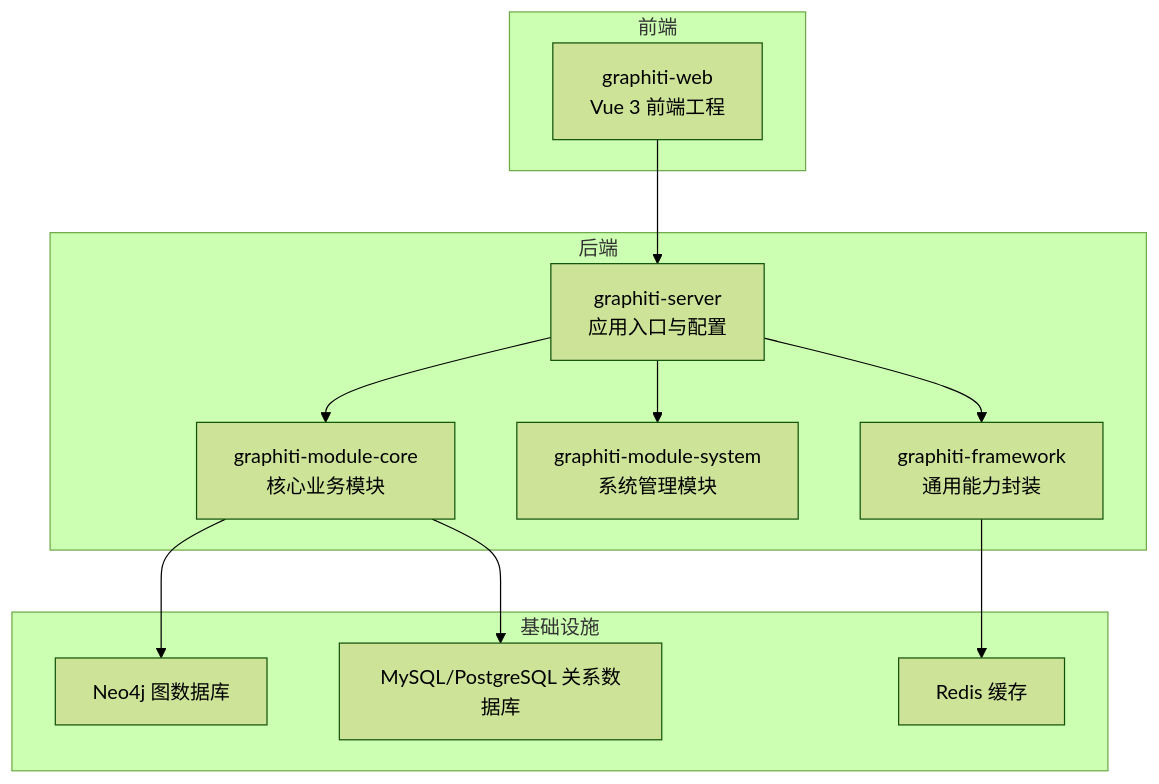
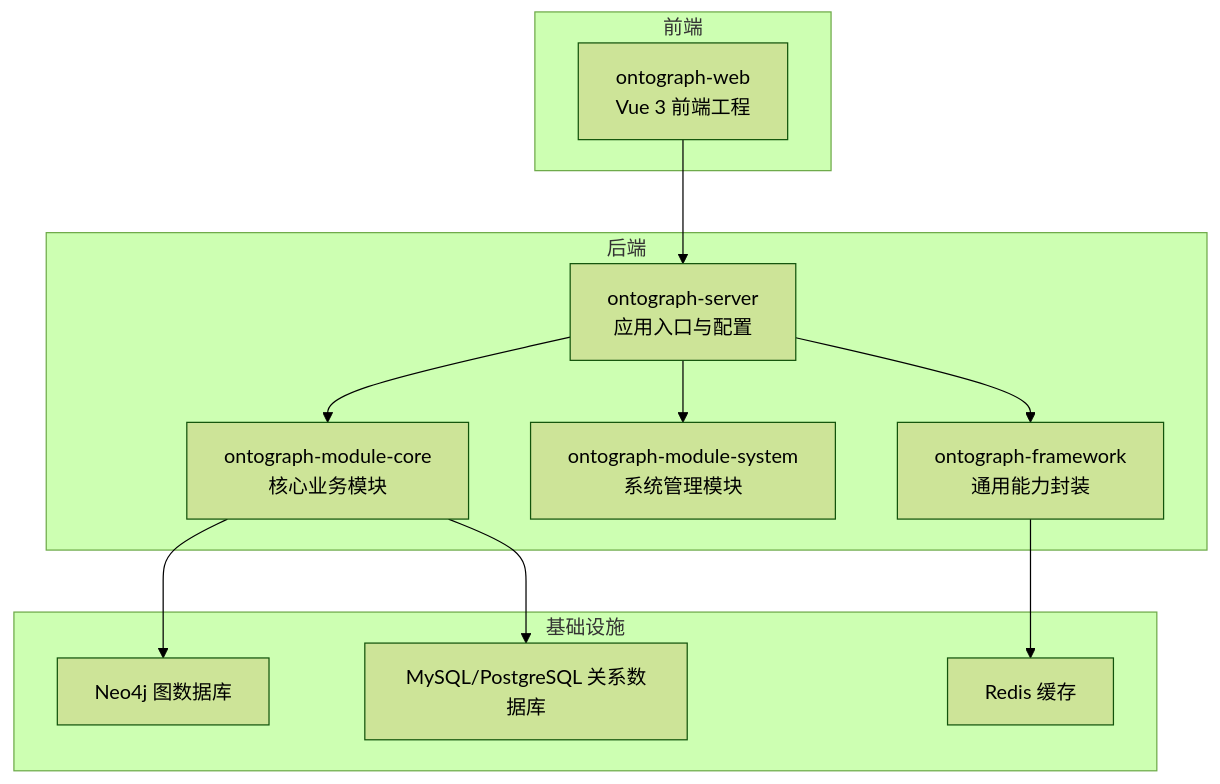
The first of 7 diagrams in docs/manual/架构设计/技术选型.md (joezxh/graphiti-java), drawn with Mermaid (forest theme) before and after one commit. The commit also changed other lines of this file and 200 other files, not shown here.

````diff
--- a/docs/manual/架构设计/技术选型.md
+++ b/docs/manual/架构设计/技术选型.md
@@ -38,24 +38,24 @@
 ```mermaid
 graph TB
 subgraph "后端"
-A["graphiti-framework<br/>通用能力封装"]
-B["graphiti-module-system<br/>系统管理模块"]
-C["graphiti-module-core<br/>核心业务模块"]
-D["graphiti-server<br/>应用入口与配置"]
+A["ontograph-framework<br/>通用能力封装"]
+B["ontograph-module-system<br/>系统管理模块"]
+C["ontograph-module-core<br/>核心业务模块"]
+D["ontograph-server<br/>应用入口与配置"]
 end
 subgraph "前端"
-E["graphiti-web<br/>Vue 3 前端工程"]
+E["ontograph-web<br/>Vue 3 前端工程"]
 end
 subgraph "基础设施"
 F["Neo4j 图数据库"]
 G["MySQL/PostgreSQL 关系数据库"]
 H["Redis 缓存"]
 end
 D --> A
 D --> B
 D --> C
 C --> F
 C --> G
 A --> H
 E --> D
 ```
````
